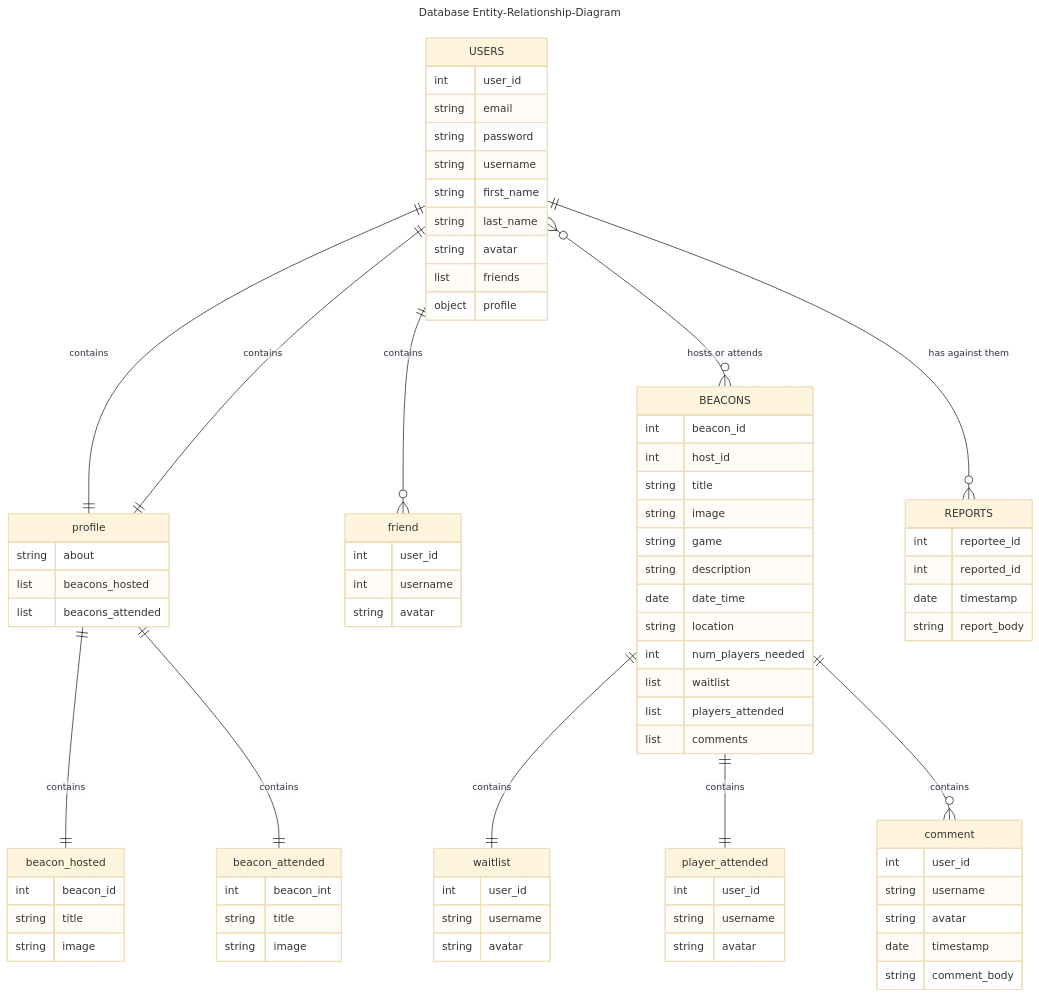
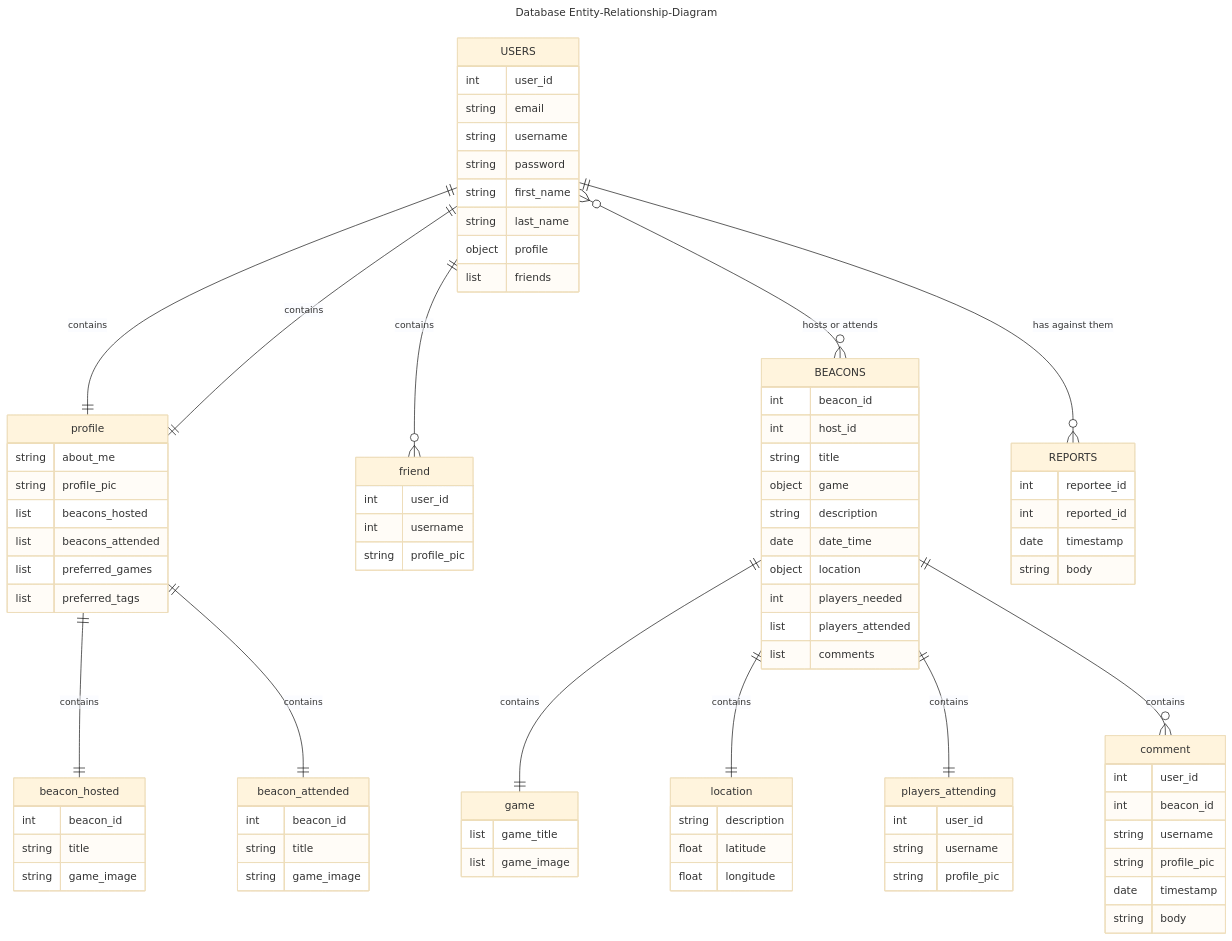
The diagram in documentation/docs/system-architecture/erddiagrams.md (jenniferlieu/project-lomo-in-person-gaming-app), drawn with Mermaid (base theme) before and after one commit. The commit also changed other lines of this file and 8 other files, not shown here.

Commit message:
Flesh out the Backend Unit tests, update database diagram

````diff
--- a/documentation/docs/system-architecture/erddiagrams.md
+++ b/documentation/docs/system-architecture/erddiagrams.md
@@ -14,41 +14,43 @@
     USERS { 
         int user_id
         string email
+        string username
         string password
-        string username
         string first_name
         string last_name
-        string avatar
+        object profile
         list friends
-        object profile
     }
 
     USERS ||--|| profile : contains
     profile {
-        string about
+        string about_me
+        string profile_pic
         list beacons_hosted
         list beacons_attended
+        list preferred_games
+        list preferred_tags
     }
 
     profile ||--|| beacon_hosted : contains
     beacon_hosted {
         int beacon_id
         string title
-        string image
+        string game_image
     }
 
     profile ||--|| beacon_attended : contains
     beacon_attended {
-        int beacon_int
+        int beacon_id
         string title
-        string image
+        string game_image
     }
 
     USERS ||--o{ friend : contains
     friend {
         int user_id
         int username
-        string avatar
+        string profile_pic
     }
 
     USERS }o--o{ BEACONS : "hosts or attends"
@@ -56,38 +58,43 @@
         int beacon_id
         int host_id
         string title
-        string image
-        string game
+        object game
         string description
         date date_time
-        string location
-        int num_players_needed
-        list waitlist
+        object location
+        int players_needed
         list players_attended
         list comments
     }
 
-    BEACONS ||--|| waitlist : contains
-    waitlist {
+    BEACONS ||--|| game : contains
+    game {
+        list game_title
+        list game_image
+    }
+
+    BEACONS ||--|| location : contains
+    location {
+        string description
+        float latitude
+        float longitude
+    }
+
+    BEACONS ||--|| players_attending : contains
+    players_attending {
         int user_id
         string username
-        string avatar
-    }
-
-    BEACONS ||--|| player_attended : contains
-    player_attended {
-        int user_id
-        string username
-        string avatar
+        string profile_pic
     }
 
     BEACONS ||--o{ comment : contains
     comment {
         int user_id
+        int beacon_id
         string username
-        string avatar
+        string profile_pic
         date timestamp
-        string comment_body
+        string body
     }
 
     USERS ||--o{ REPORTS : "has against them"
@@ -95,6 +102,6 @@
         int reportee_id
         int reported_id
         date timestamp
-        string report_body
+        string body
     }
 ```
````
